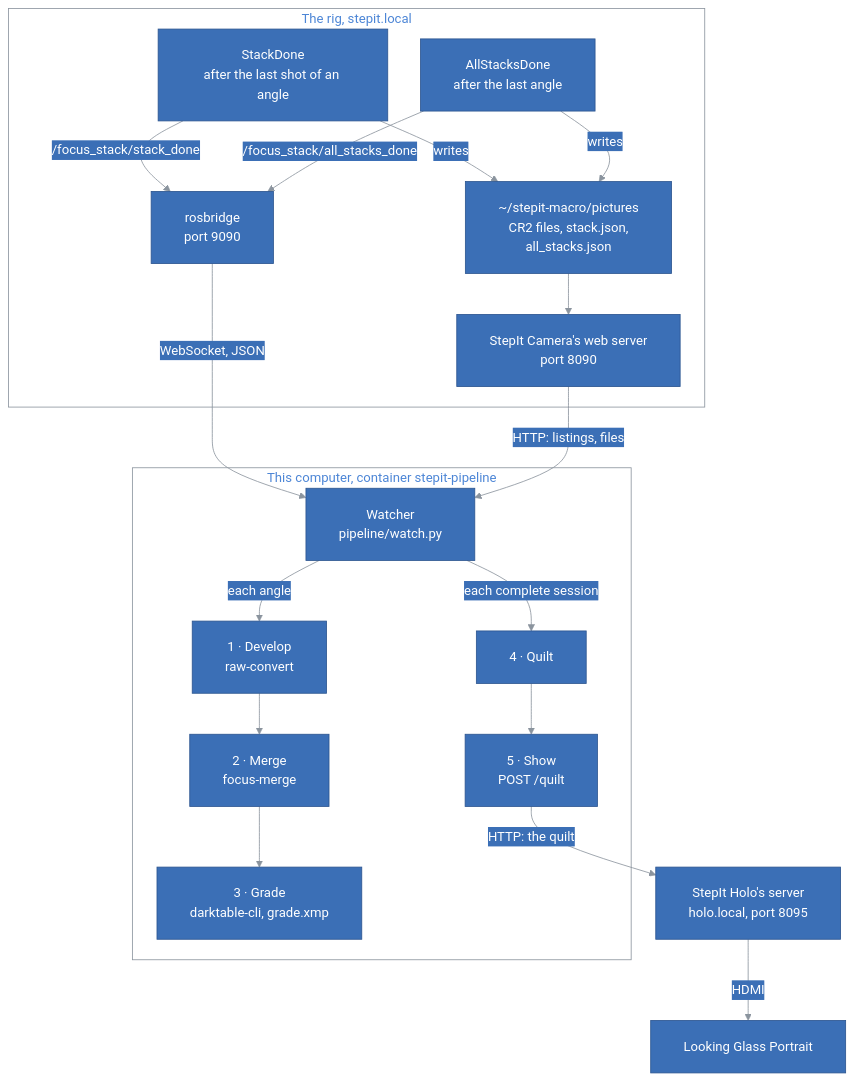
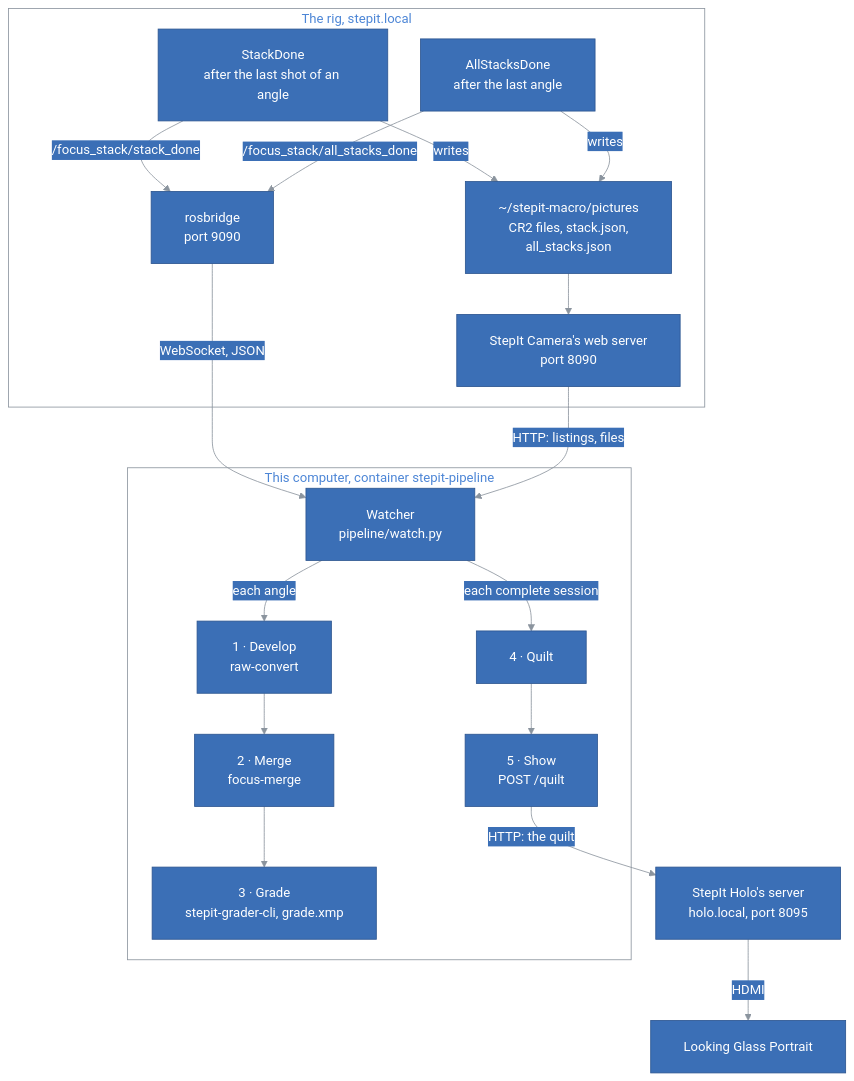
Before and after one commit to kineticsystem/stepit-stacker: the first of 2 diagrams in docs/ARCHITECTURE.md, drawn with Mermaid. The commit also changed other lines of this file and 16 other files, not shown here.

First line of the commit message:
Grade with stepit-grader-cli instead of darktable

```diff
--- a/docs/ARCHITECTURE.md
+++ b/docs/ARCHITECTURE.md
@@ -102,7 +102,7 @@
         Watcher["Watcher<br/>pipeline/watch.py"]
         Develop["1 · Develop<br/>raw-convert"]
         Merge["2 · Merge<br/>focus-merge"]
-        Grade["3 · Grade<br/>darktable-cli, grade.xmp"]
+        Grade["3 · Grade<br/>stepit-grader-cli, grade.xmp"]
         Quilt["4 · Quilt"]
         Show["5 · Show<br/>POST /quilt"]
         Watcher -- "each angle" --> Develop --> Merge --> Grade
```
